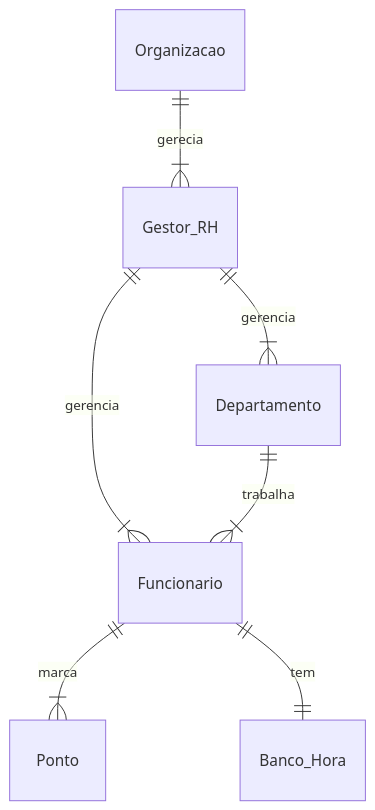
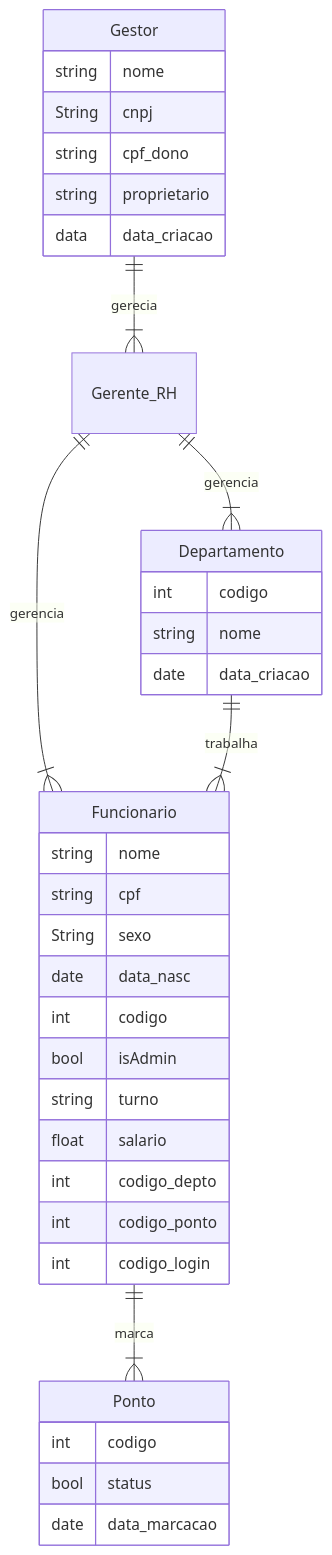
One commit to Brunowcst/sistemadecontroledepontos changed the diagram in docs/documento_visao.md. Above: the diagram before and after it, drawn with Mermaid. The commit also changed other lines of this file, not shown here.

````diff
--- a/docs/documento_visao.md
+++ b/docs/documento_visao.md
@@ -68,9 +68,39 @@
-```mermaid 
+```mermaid
 erDiagram
-    Organizacao ||--|{ Gestor_RH : gerecia
-    Gestor_RH ||--|{ Departamento : gerencia
-    Gestor_RH||--|{ Funcionario : gerencia
+    Gestor ||--|{ Gerente_RH : gerecia
+    Gerente_RH ||--|{ Departamento : gerencia
+    Gerente_RH ||--|{ Funcionario : gerencia
     Departamento ||--|{ Funcionario : trabalha
     Funcionario ||--|{ Ponto: marca
-    Funcionario||--|| Banco_Hora : tem
+
+    Gestor {
+        string nome
+        String cnpj
+        string cpf_dono
+        string proprietario
+        data data_criacao
+    }
+    Funcionario {
+        string nome
+        string cpf
+        String sexo
+        date data_nasc
+        int codigo
+        bool isAdmin
+        string turno
+        float salario
+        int codigo_depto
+        int codigo_ponto 
+        int codigo_login      
+    }
+    Departamento {
+        int codigo
+        string nome
+        date data_criacao
+    }
+    Ponto {
+        int codigo
+        bool status
+        date data_marcacao
+    }
 ```
````
